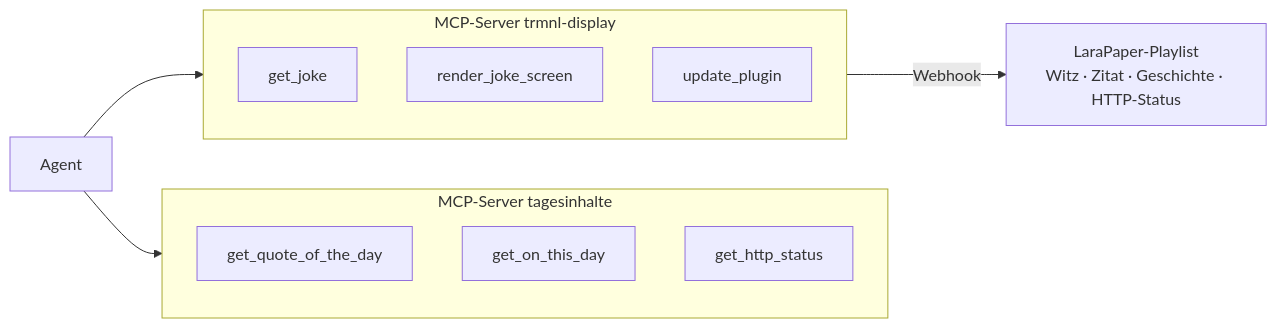
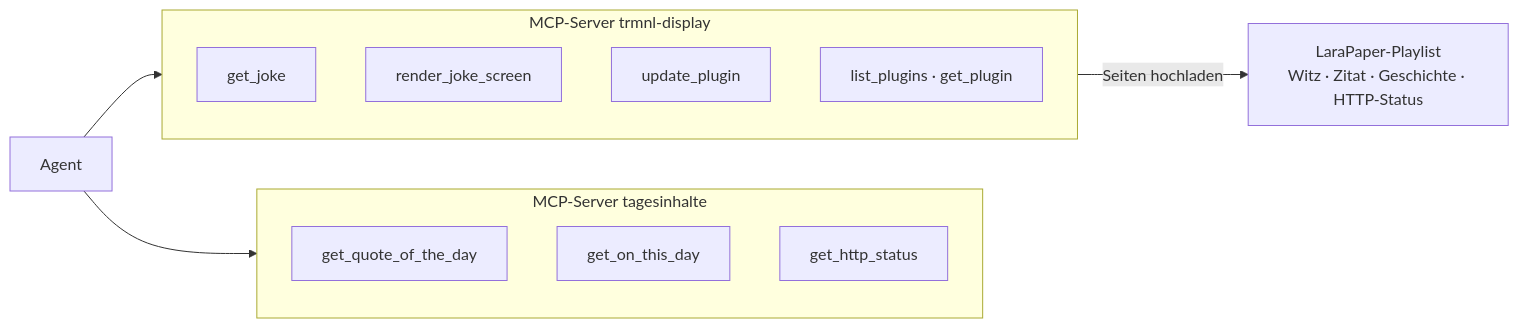
One commit to Stiriacus/TRMNL-MCP changed the second of 2 diagrams in docs-guide/05-api-zu-mcp.md. Above: the diagram before and after it, drawn with Mermaid. The commit also changed other lines of this file and 7 other files, not shown here.

Commit message:
Guide: alle Seiten auf Seiten-Upload in LaraPaper umgestellt, neuer Akt 'Fehler gezielt korrigieren'

````diff
--- a/docs-guide/05-api-zu-mcp.md
+++ b/docs-guide/05-api-zu-mcp.md
@@ -123,16 +123,17 @@
 ```mermaid
 flowchart LR
     subgraph S1 [MCP-Server tagesinhalte]
         Q[get_quote_of_the_day]
         O[get_on_this_day]
         HS[get_http_status]
     end
     subgraph S2 [MCP-Server trmnl-display]
         J[get_joke]
         R[render_joke_screen]
         U[update_plugin]
+        L[list_plugins · get_plugin]
     end
     AG[Agent] --> S1
     AG --> S2
-    S2 -->|Webhook| LP[LaraPaper-Playlist<br/>Witz · Zitat · Geschichte · HTTP-Status]
+    S2 -->|Seiten hochladen| LP[LaraPaper-Playlist<br/>Witz · Zitat · Geschichte · HTTP-Status]
 ```
````
